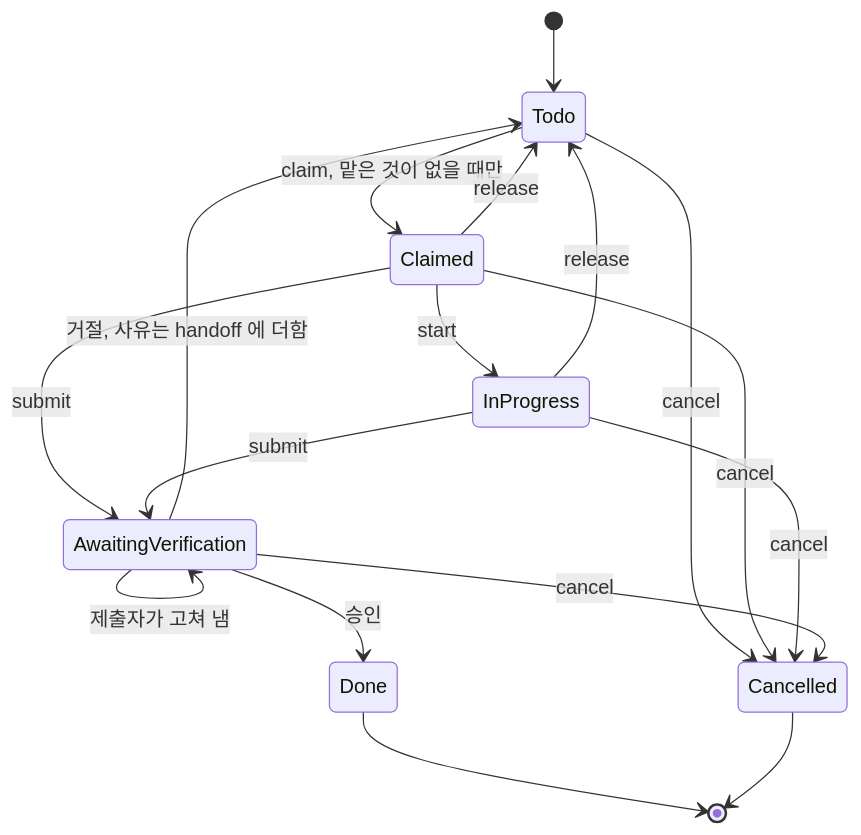
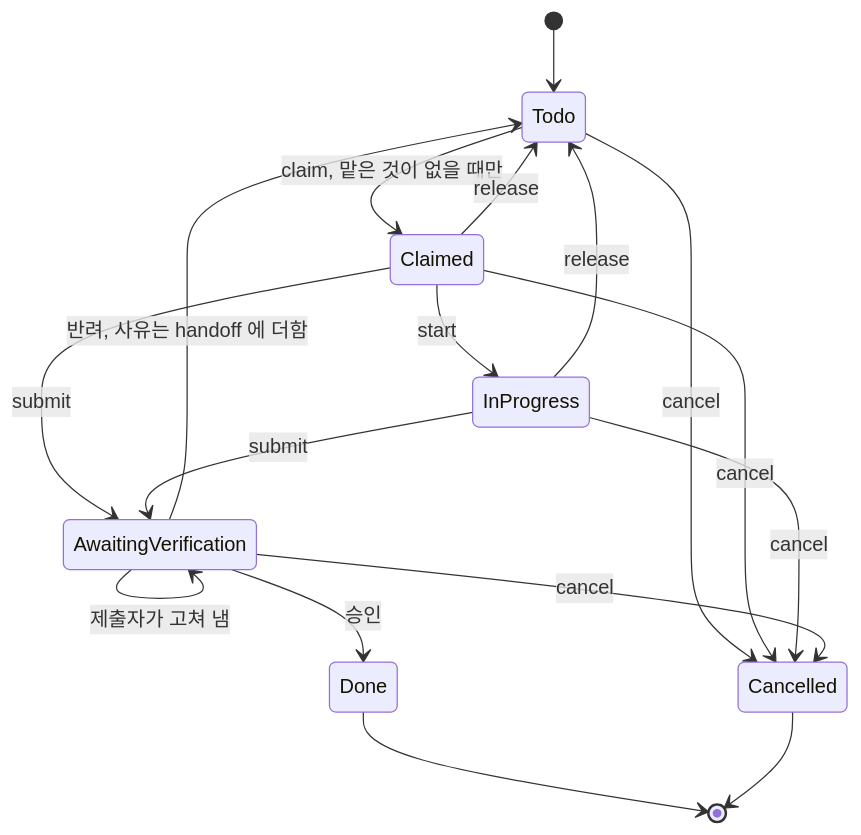
One commit to jeong-sik/masc changed the diagram in docs/rfc/RFC-task-lifecycle-a-verdict-assigns-no-work.md. Above: the diagram before and after it, drawn with Mermaid. The commit also changed other lines of this file and 1 other file, not shown here.

````diff
--- a/docs/rfc/RFC-task-lifecycle-a-verdict-assigns-no-work.md
+++ b/docs/rfc/RFC-task-lifecycle-a-verdict-assigns-no-work.md
@@ -261,19 +265,19 @@
 ```mermaid
 stateDiagram-v2
     [*] --> Todo
     Todo --> Claimed: claim, 맡은 것이 없을 때만
     Claimed --> InProgress: start
     Claimed --> Todo: release
     InProgress --> Todo: release
     Claimed --> AwaitingVerification: submit
     InProgress --> AwaitingVerification: submit
     AwaitingVerification --> AwaitingVerification: 제출자가 고쳐 냄
     AwaitingVerification --> Done: 승인
-    AwaitingVerification --> Todo: 거절, 사유는 handoff 에 더함
+    AwaitingVerification --> Todo: 반려, 사유는 handoff 에 더함
     Todo --> Cancelled: cancel
     Claimed --> Cancelled: cancel
     InProgress --> Cancelled: cancel
     AwaitingVerification --> Cancelled: cancel
     Done --> [*]
     Cancelled --> [*]
 ```
````
